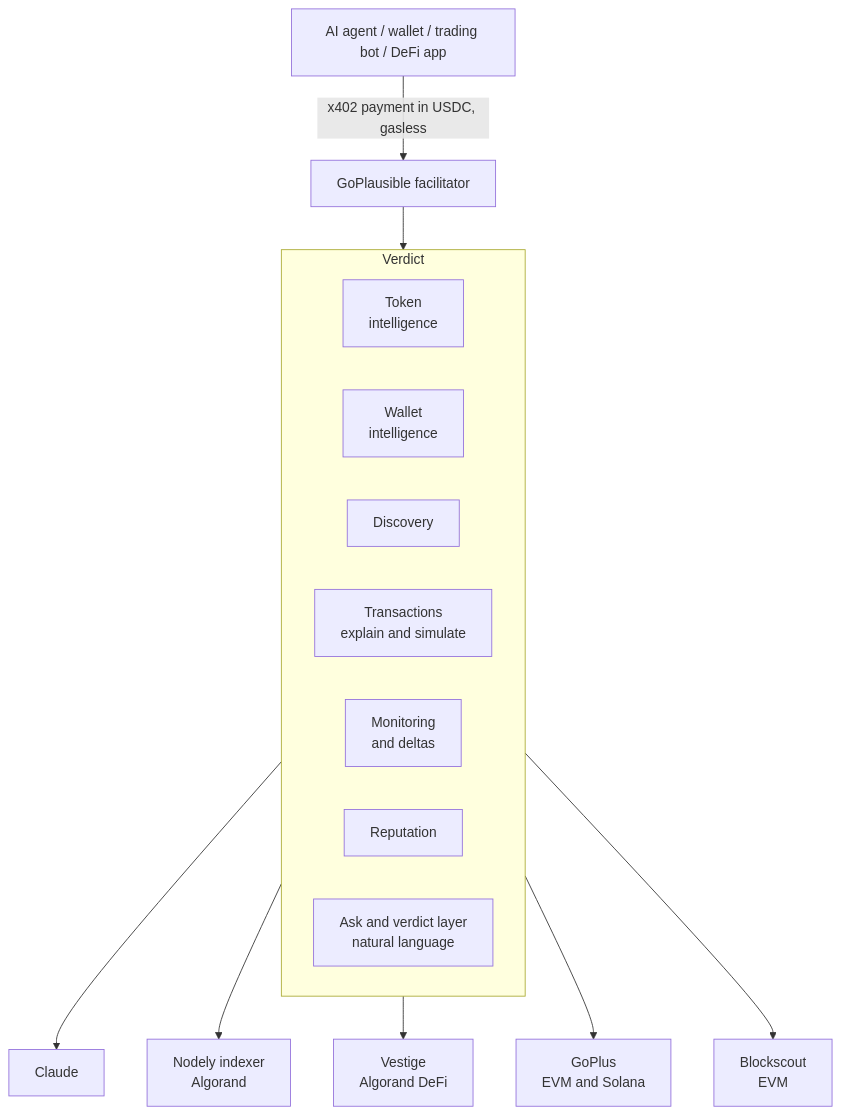
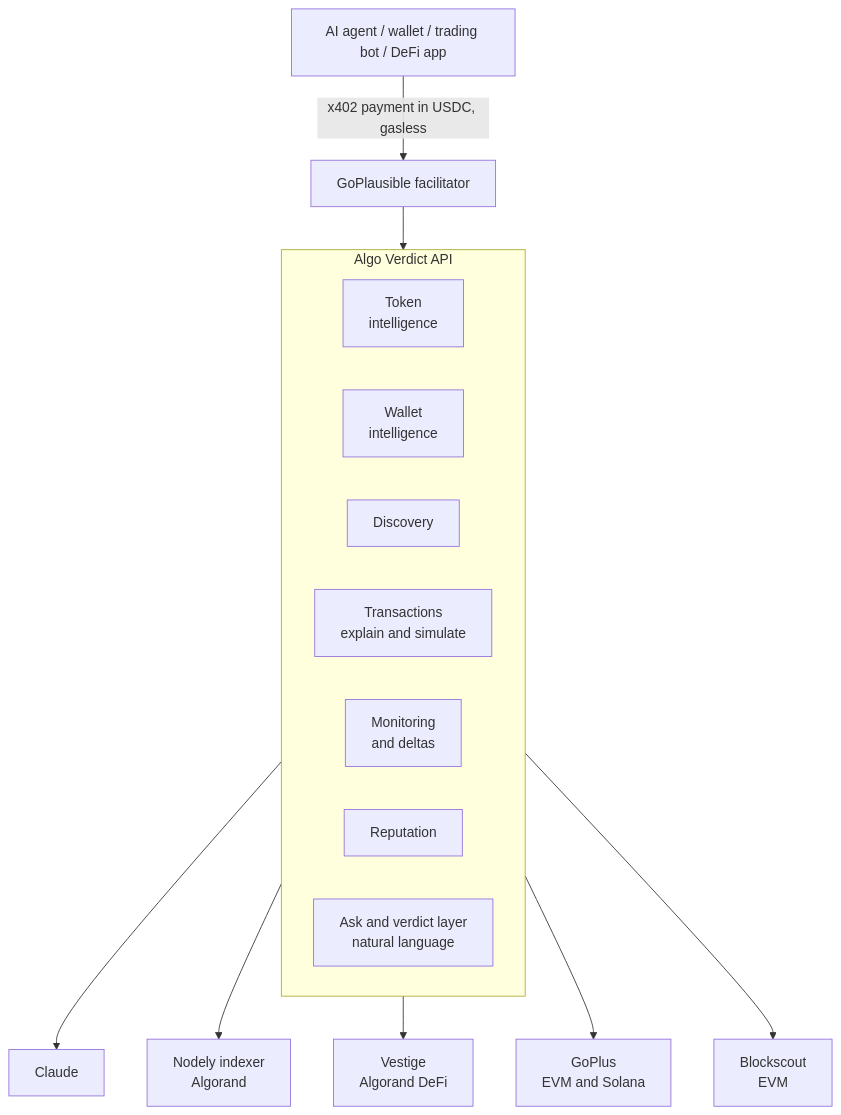
Before and after one commit to AlgoIntel01/Algorand-Inteligence-API: the diagram in README.md, drawn with Mermaid. The commit also changed other lines of this file and 11 other files, not shown here.

First line of the commit message:
Use "Algo Verdict API" as the product name throughout

````diff
--- a/README.md
+++ b/README.md
@@ -86,23 +86,23 @@
 ```mermaid
 flowchart TB
     A["AI agent / wallet / trading bot / DeFi app"]
     A -->|"x402 payment in USDC, gasless"| F["GoPlausible facilitator"]
     F --> V
 
-    subgraph V["Verdict"]
+    subgraph V["Algo Verdict API"]
         direction LR
         T["Token<br/>intelligence"]
         W["Wallet<br/>intelligence"]
         D["Discovery"]
         X["Transactions<br/>explain and simulate"]
         M["Monitoring<br/>and deltas"]
         R["Reputation"]
         L["Ask and verdict layer<br/>natural language"]
     end
 
     V --> N["Nodely indexer<br/>Algorand"]
     V --> VE["Vestige<br/>Algorand DeFi"]
     V --> G["GoPlus<br/>EVM and Solana"]
     V --> B["Blockscout<br/>EVM"]
     L --> C["Claude"]
 ```
````
